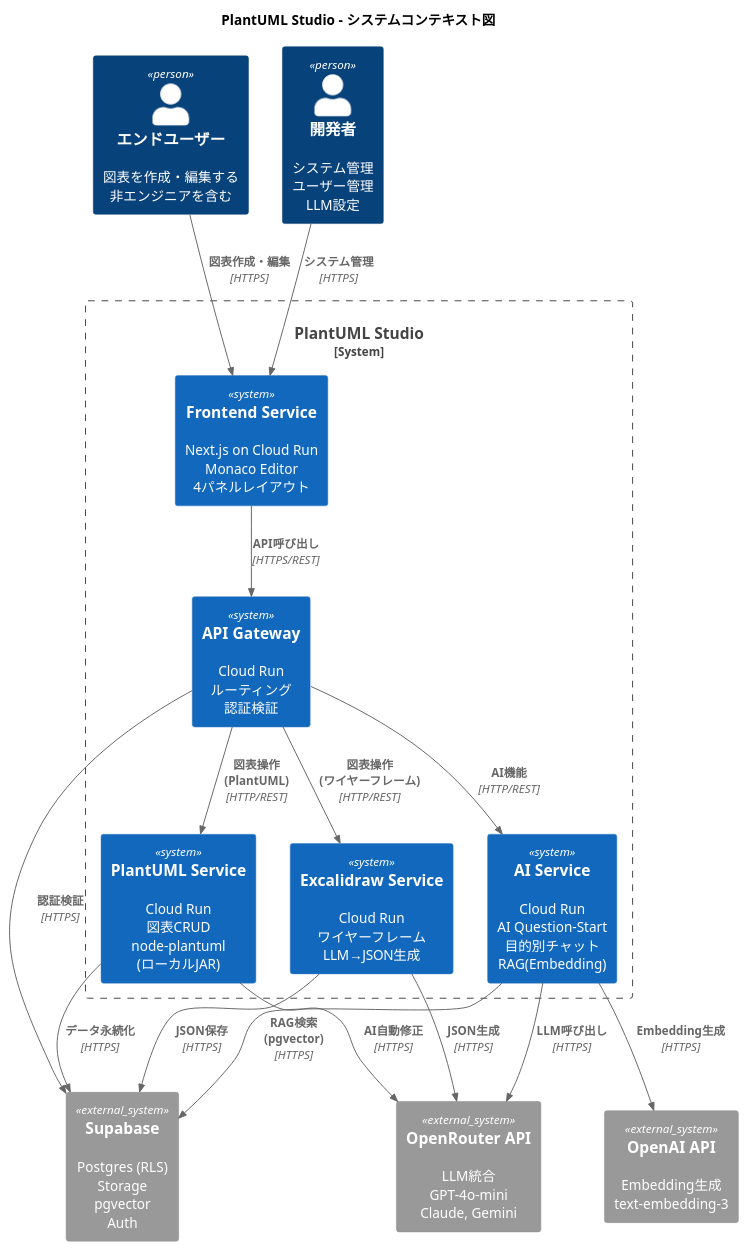
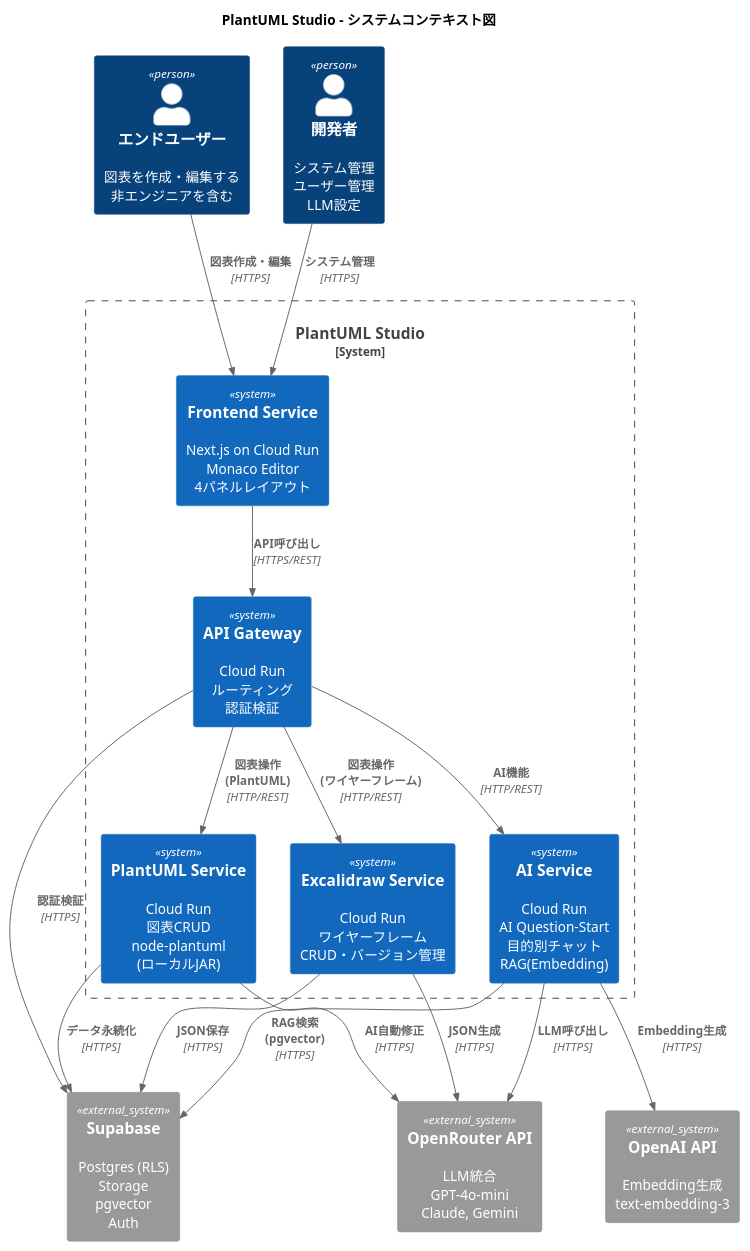
Before and after one commit to yoshiwo3/PlantUML2_Opus4.5: the diagram in docs/proposals/PlantUML_Studio_コンテキスト図_20251130.md, drawn with PlantUML. The commit also changed other lines of this file and 11 other files, not shown here.

```diff
--- a/docs/proposals/PlantUML_Studio_コンテキスト図_20251130.md
+++ b/docs/proposals/PlantUML_Studio_コンテキスト図_20251130.md
@@ -47,12 +47,14 @@
 
     '--------------------------------------------------
     ' Excalidraw Service
-    ' - ワイヤーフレーム生成
+    ' - ワイヤーフレーム生成・管理
+    ' - CRUD操作（作成・読取・更新・削除）
+    ' - バージョン管理（SHA-256ハッシュ）
     ' - 自然言語 → Excalidraw JSON（LLM経由）
     ' - JSON → SVG/PNG変換
     ' - テンプレート管理
     '--------------------------------------------------
-    System(excalidraw, "Excalidraw Service", "Cloud Run\nワイヤーフレーム\nLLM→JSON生成")
+    System(excalidraw, "Excalidraw Service", "Cloud Run\nワイヤーフレーム\nCRUD・バージョン管理")
 
     '--------------------------------------------------
     ' AI Service
```
